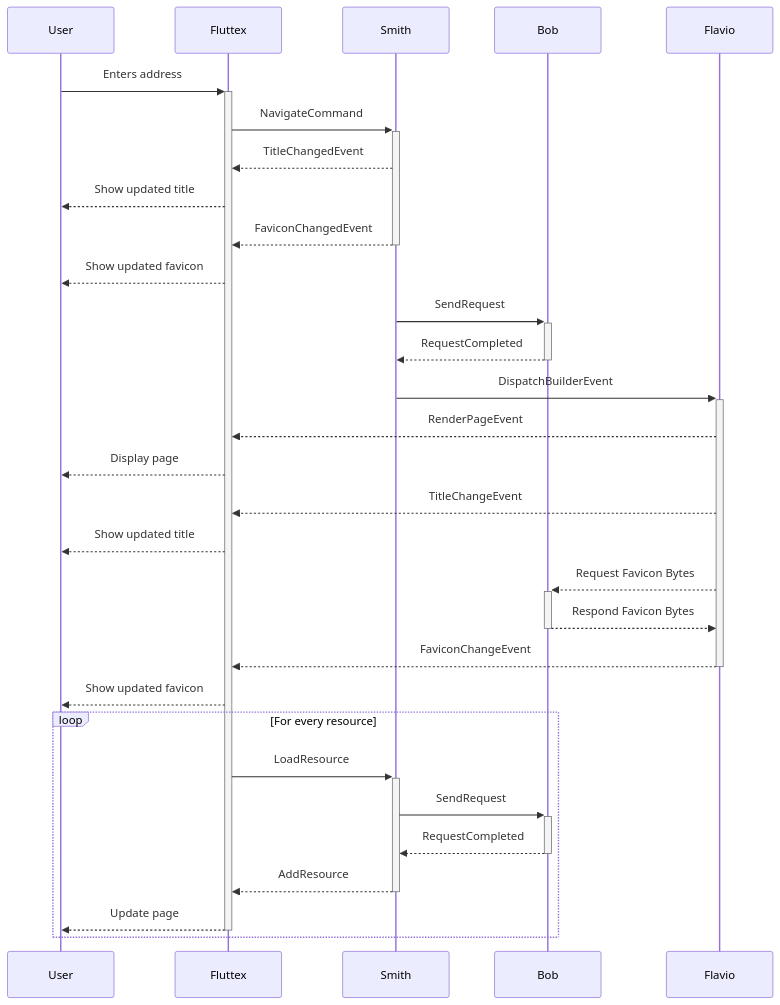
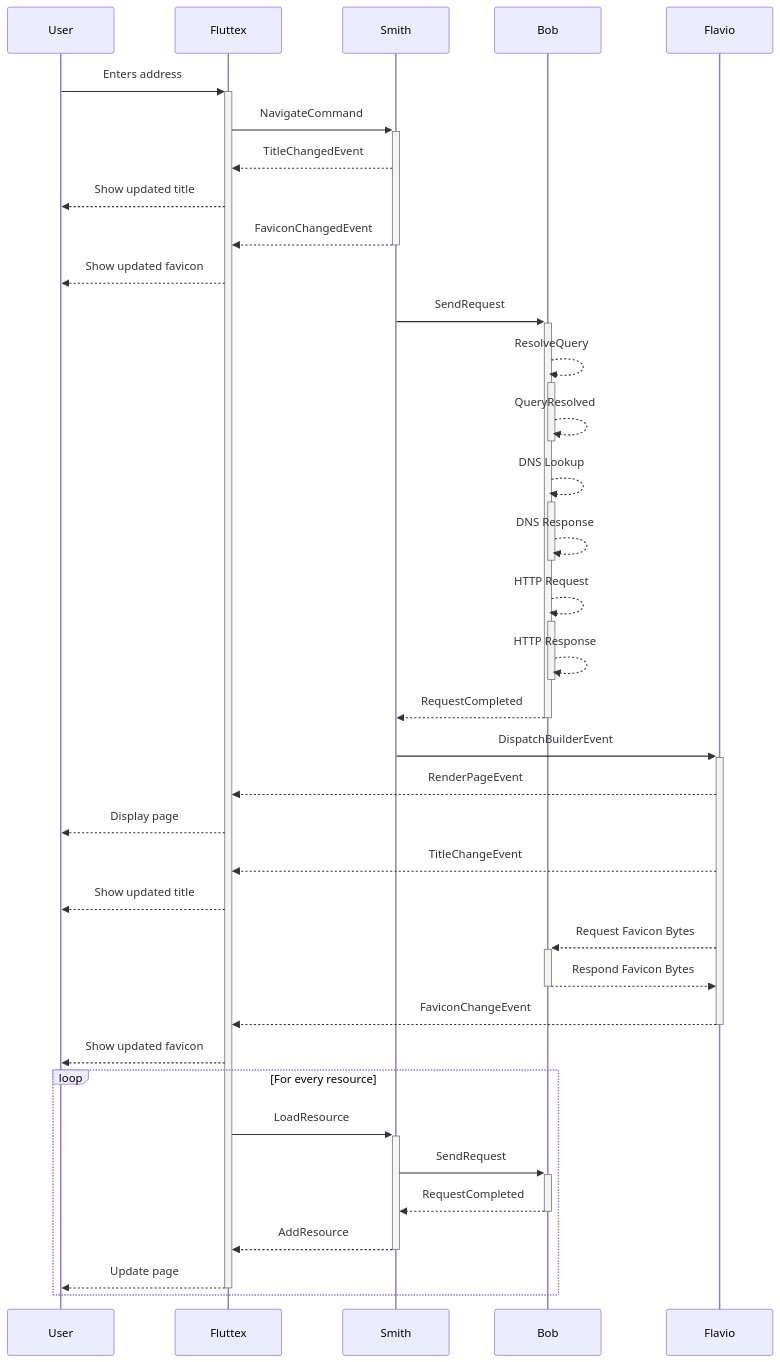
One commit to ricardoboss/fluttex changed the diagram in Browser.md. Above: the diagram before and after it, drawn with Mermaid. The commit also changed 18 other files, not shown here.

````diff
--- a/Browser.md
+++ b/Browser.md
@@ -47,36 +47,42 @@
 ```mermaid
 sequenceDiagram
     User->>+Fluttex: Enters address
 
     Fluttex->>+Smith: NavigateCommand
 
     Smith-->>Fluttex: TitleChangedEvent
     Fluttex-->>User: Show updated title
 
     Smith-->>-Fluttex: FaviconChangedEvent
     Fluttex-->>User: Show updated favicon
 
     Smith->>+Bob: SendRequest
+    Bob-->>+Bob: ResolveQuery
+    Bob-->>-Bob: QueryResolved
+    Bob-->>+Bob: DNS Lookup
+    Bob-->>-Bob: DNS Response
+    Bob-->>+Bob: HTTP Request
+    Bob-->>-Bob: HTTP Response
     Bob-->>-Smith: RequestCompleted
 
     Smith->>+Flavio: DispatchBuilderEvent
     Flavio-->>Fluttex: RenderPageEvent
     Fluttex-->>User: Display page
 
     Flavio-->>Fluttex: TitleChangeEvent
     Fluttex-->>User: Show updated title
 
     Flavio-->>+Bob: Request Favicon Bytes
     Bob-->>-Flavio: Respond Favicon Bytes
 
     Flavio-->>-Fluttex: FaviconChangeEvent
     Fluttex-->>User: Show updated favicon
 
     loop For every resource
         Fluttex->>+Smith: LoadResource
         Smith->>+Bob: SendRequest
         Bob-->>-Smith: RequestCompleted
         Smith-->>-Fluttex: AddResource
         Fluttex-->>-User: Update page
     end
 ```
````
